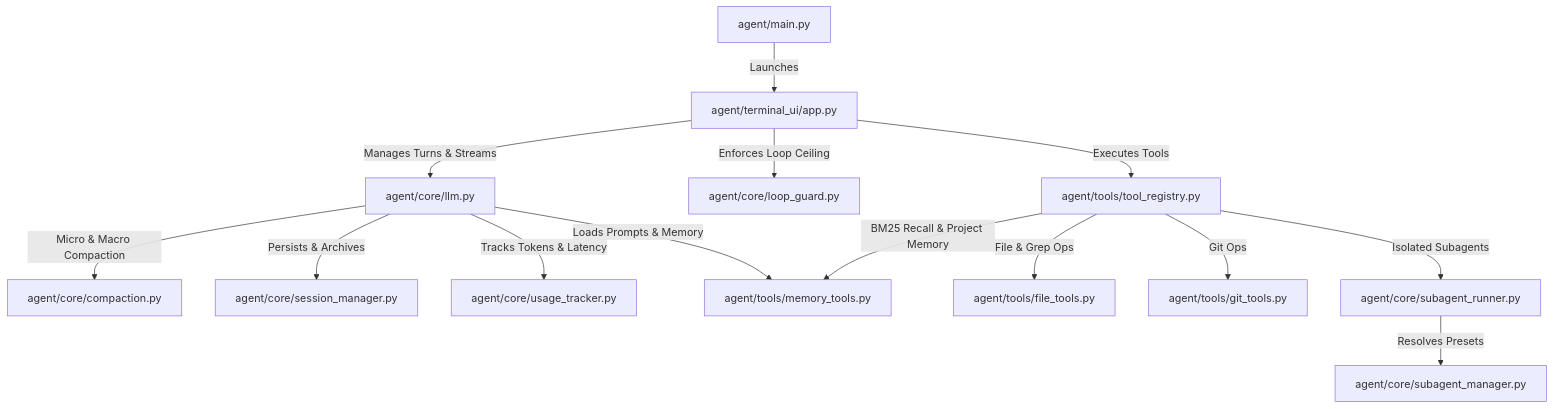
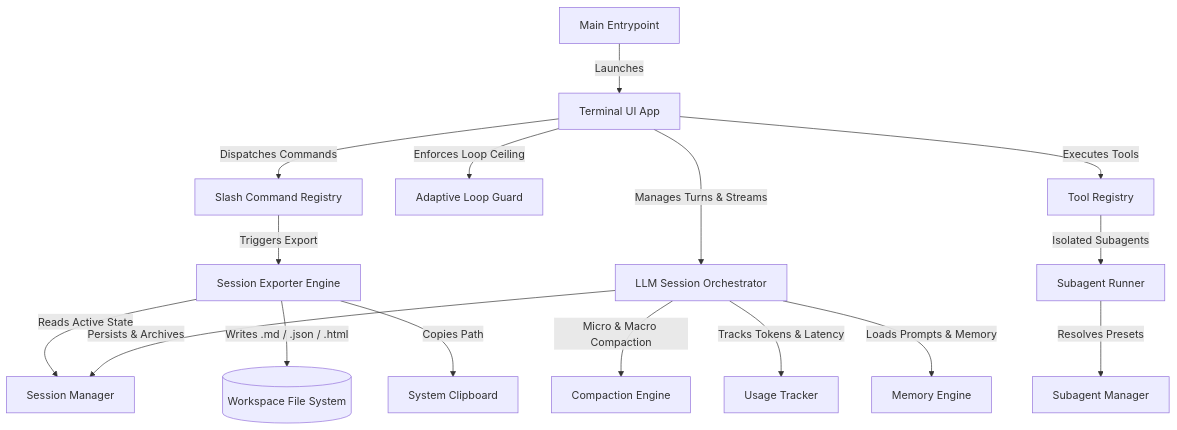
Before and after one commit to revanth332/raven-cli-agent: the diagram in architecture.md, drawn with Mermaid. The commit also changed other lines of this file and 1 other file, not shown here.

Commit message:
fix: web search timout issue

````diff
--- a/architecture.md
+++ b/architecture.md
@@ -5,16 +5,18 @@
  ```mermaid
 graph TD
-    Entry[agent/main.py] -->|Launches| TUI[agent/terminal_ui/app.py]
-    TUI -->|Manages Turns & Streams| LLM[agent/core/llm.py]
-    TUI -->|Enforces Loop Ceiling| LoopGuard[agent/core/loop_guard.py]
-    LLM -->|Micro & Macro Compaction| Compaction[agent/core/compaction.py]
-    LLM -->|Persists & Archives| SessionMgr[agent/core/session_manager.py]
-    LLM -->|Tracks Tokens & Latency| Usage[agent/core/usage_tracker.py]
-    LLM -->|Loads Prompts & Memory| MemTools[agent/tools/memory_tools.py]
-    TUI -->|Executes Tools| Registry[agent/tools/tool_registry.py]
-    Registry -->|File & Grep Ops| FileTools[agent/tools/file_tools.py]
-    Registry -->|Git Ops| GitTools[agent/tools/git_tools.py]
-    Registry -->|BM25 Recall & Project Memory| MemTools
-    Registry -->|Isolated Subagents| SubagentRunner[agent/core/subagent_runner.py]
-    SubagentRunner -->|Resolves Presets| SubagentMgr[agent/core/subagent_manager.py]
+    Entry[Main Entrypoint] -->|Launches| TUI[Terminal UI App]
+    TUI -->|Dispatches Commands| SlashReg[Slash Command Registry]
+    SlashReg -->|Triggers Export| Exporter[Session Exporter Engine]
+    Exporter -->|Reads Active State| SessionMgr[Session Manager]
+    Exporter -->|Writes .md / .json / .html| WorkspaceFS[(Workspace File System)]
+    Exporter -->|Copies Path| Clipboard[System Clipboard]
+    TUI -->|Manages Turns & Streams| LLM[LLM Session Orchestrator]
+    TUI -->|Enforces Loop Ceiling| LoopGuard[Adaptive Loop Guard]
+    LLM -->|Micro & Macro Compaction| Compaction[Compaction Engine]
+    LLM -->|Persists & Archives| SessionMgr
+    LLM -->|Tracks Tokens & Latency| Usage[Usage Tracker]
+    LLM -->|Loads Prompts & Memory| MemEngine[Memory Engine]
+    TUI -->|Executes Tools| Registry[Tool Registry]
+    Registry -->|Isolated Subagents| SubagentRunner[Subagent Runner]
+    SubagentRunner -->|Resolves Presets| SubagentMgr[Subagent Manager]
 ```
````
